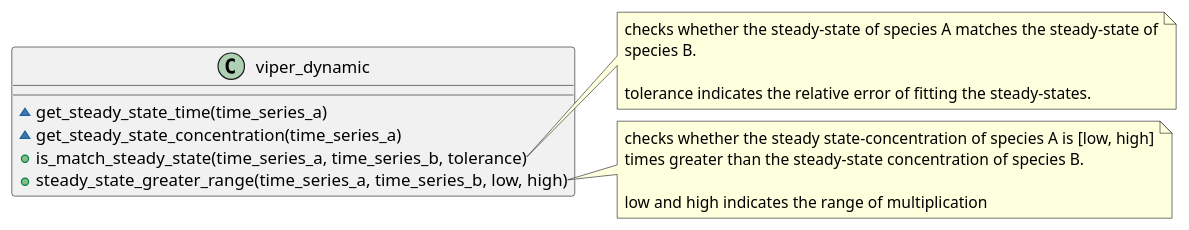
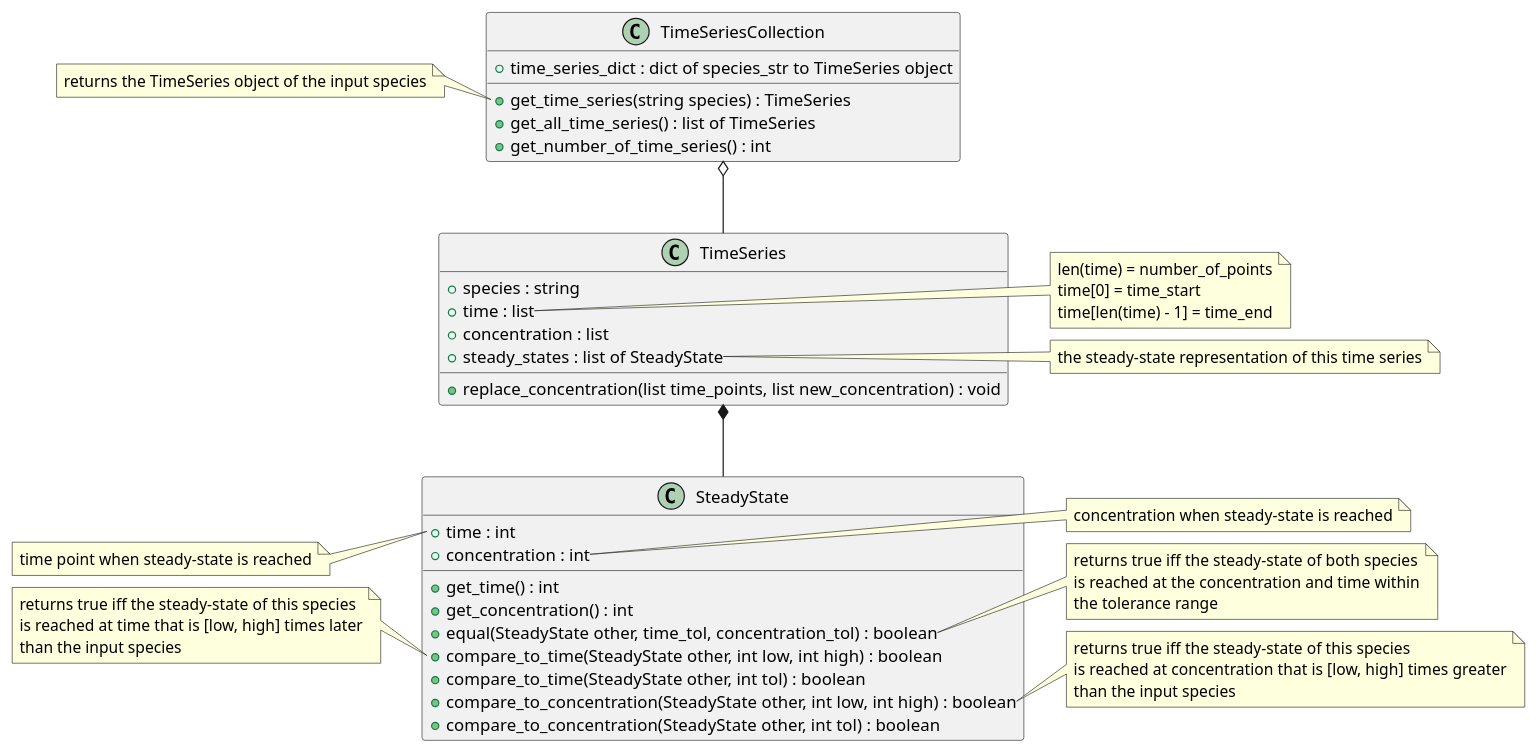
Before and after one commit to sys-bio/SBviper: the diagram in Design/object_model.plantuml, drawn with PlantUML.

Commit message:
added design

```diff
--- a/Design/object_model.plantuml
+++ b/Design/object_model.plantuml
@@ -1,23 +1,74 @@
 @startuml
-class viper_dynamic {
-    ~get_steady_state_time(time_series_a)
-    ~get_steady_state_concentration(time_series_a)
-    +is_match_steady_state(time_series_a, time_series_b, tolerance)
-    +steady_state_greater_range(time_series_a, time_series_b, low, high)
+
+TimeSeriesCollection o-- TimeSeries
+
+TimeSeries *-- SteadyState
+
+class TimeSeriesCollection {
+    +time_series_dict : dict of species_str to TimeSeries object
+    +get_time_series(string species) : TimeSeries
+    +get_all_time_series() : list of TimeSeries
+    +get_number_of_time_series() : int
 }
 
-note right of viper_dynamic::is_match_steady_state
-  checks whether the steady-state of species A matches the steady-state of
-  species B.
+class TimeSeries {
+    +species : string
+    +time : list
+    +concentration : list
+    +steady_states : list of SteadyState
+    +replace_concentration(list time_points, list new_concentration) : void
+}
 
-  tolerance indicates the relative error of fitting the steady-states.
-end note
+class SteadyState {
+    +time : int
+    +concentration : int
+    +get_time() : int
+    +get_concentration() : int
+    +equal(SteadyState other, time_tol, concentration_tol) : boolean
+    +compare_to_time(SteadyState other, int low, int high) : boolean
+    +compare_to_time(SteadyState other, int tol) : boolean
+    +compare_to_concentration(SteadyState other, int low, int high) : boolean
+    +compare_to_concentration(SteadyState other, int tol) : boolean
+}
 
-note right of viper_dynamic::steady_state_greater_range
-  checks whether the steady state-concentration of species A is [low, high]
-  times greater than the steady-state concentration of species B.
+note left of TimeSeriesCollection::get_time_series {
+    returns the TimeSeries object of the input species
+}
 
-  low and high indicates the range of multiplication
-end note
+note right of TimeSeries::time {
+    len(time) = number_of_points
+    time[0] = time_start
+    time[len(time) - 1] = time_end
+}
+
+note right of TimeSeries::steady_state {
+    the steady-state representation of this time series
+}
+
+note left of SteadyState::time {
+    time point when steady-state is reached
+}
+
+note right of SteadyState::concentration {
+    concentration when steady-state is reached
+}
+
+note right of SteadyState::equal {
+    returns true iff the steady-state of both species
+    is reached at the concentration and time within
+    the tolerance range
+}
+
+note left of SteadyState::compare_to_time {
+    returns true iff the steady-state of this species
+    is reached at time that is [low, high] times later
+    than the input species
+}
+
+note right of SteadyState::compare_to_concentration {
+    returns true iff the steady-state of this species
+    is reached at concentration that is [low, high] times greater
+    than the input species
+}
 
 @enduml
```
